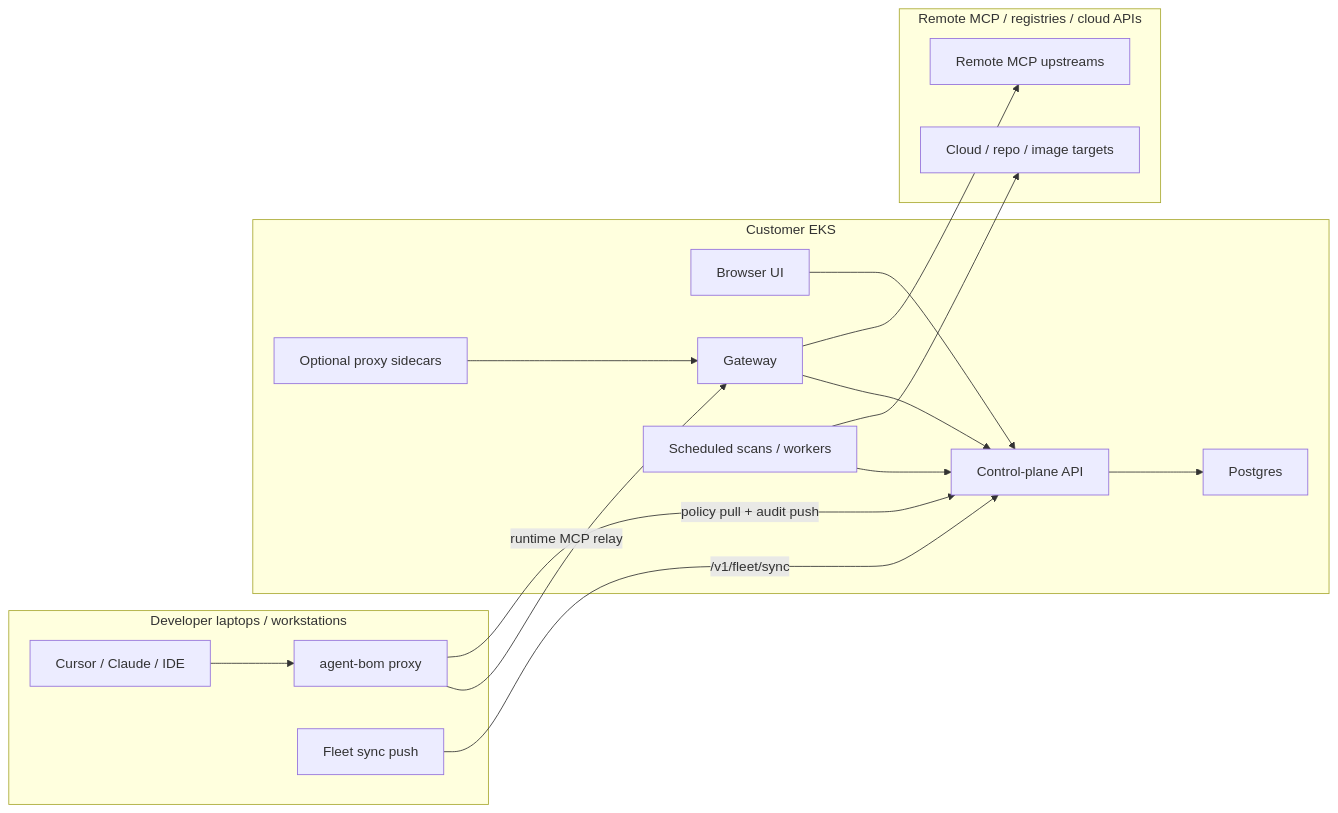
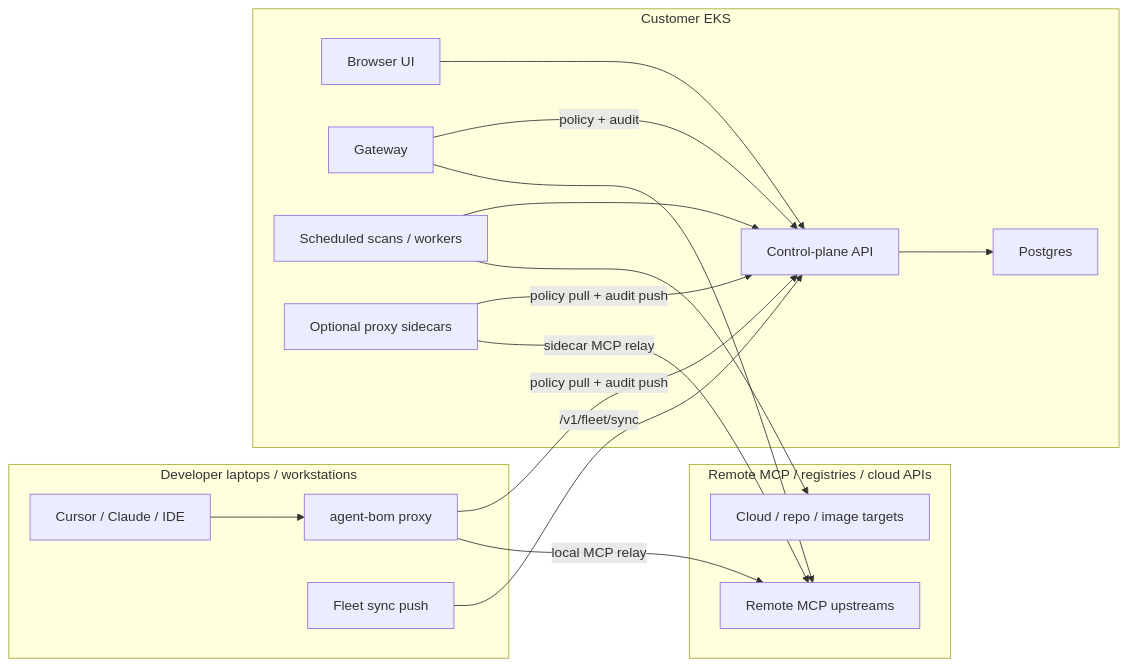
One commit to msaad00/agent-bom changed the second of 2 diagrams in site-docs/deployment/aws-company-rollout.md. Above: the diagram before and after it, drawn with Mermaid. The commit also changed 29 other files, not shown here.

Commit message:
fix release-readiness graph audit findings

````diff
--- a/site-docs/deployment/aws-company-rollout.md
+++ b/site-docs/deployment/aws-company-rollout.md
@@ -146,34 +146,35 @@
 ```mermaid
 flowchart LR
     subgraph Endpoints["Developer laptops / workstations"]
       IDE["Cursor / Claude / IDE"]
       Proxy["agent-bom proxy"]
       Fleet["Fleet sync push"]
     end
 
     subgraph Cluster["Customer EKS"]
       UI["Browser UI"]
       API["Control-plane API"]
       GW["Gateway"]
       Jobs["Scheduled scans / workers"]
       ProxySidecar["Optional proxy sidecars"]
       DB["Postgres"]
     end
 
     subgraph Upstreams["Remote MCP / registries / cloud APIs"]
       MCP["Remote MCP upstreams"]
       Cloud["Cloud / repo / image targets"]
     end
 
     IDE --> Proxy
+    Proxy -->|local MCP relay| MCP
     Proxy -->|policy pull + audit push| API
-    Proxy -->|runtime MCP relay| GW
     Fleet -->|/v1/fleet/sync| API
     GW --> MCP
     Jobs --> Cloud
     Jobs --> API
-    ProxySidecar --> GW
+    ProxySidecar -->|sidecar MCP relay| MCP
+    ProxySidecar -->|policy pull + audit push| API
     API --> DB
-    GW --> API
+    GW -->|policy + audit| API
     UI --> API
 ```
````
